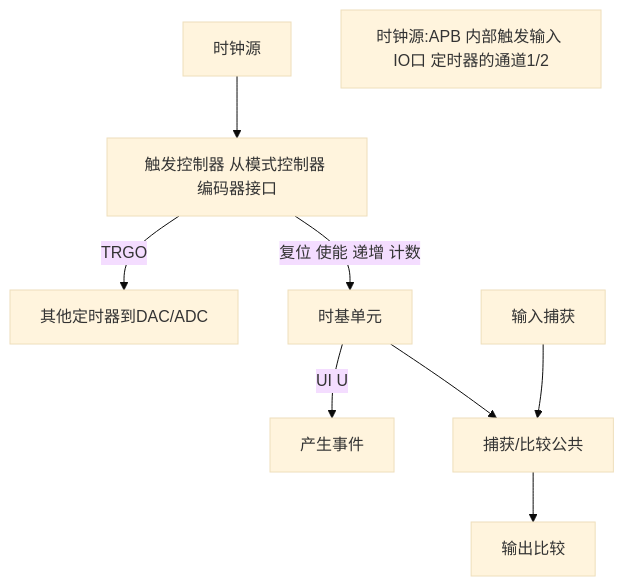
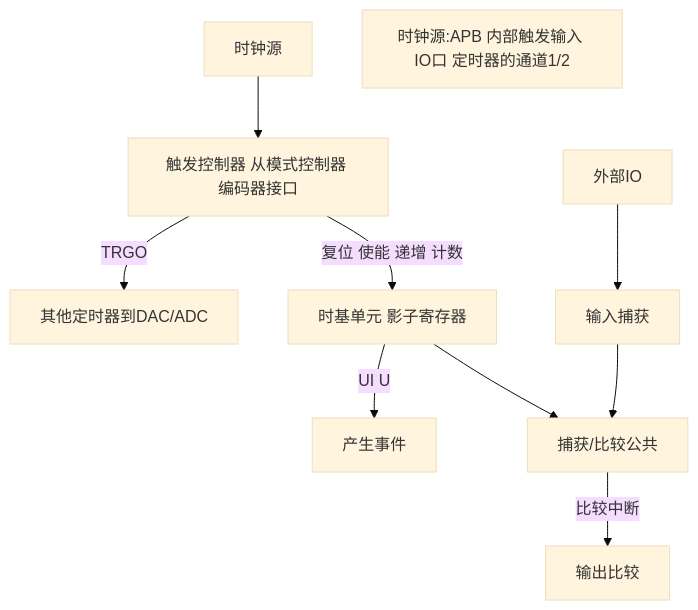
One commit to Ruomio/notes changed the second of 2 diagrams in STM32.md. Above: the diagram before and after it, drawn with Mermaid (base theme).

````diff
--- a/STM32.md
+++ b/STM32.md
@@ -273,15 +273,16 @@
 ```mermaid
 graph TB
 
 A[时钟源]
 B[时钟源:APB 内部触发输入 IO口 定时器的通道1/2]
 A --> C[触发控制器 从模式控制器 编码器接口]
 C --> |TRGO| D[其他定时器到DAC/ADC]
-C --> |复位 使能 递增 计数| E[时基单元]
+C --> |复位 使能 递增 计数| E[时基单元 影子寄存器]
 E --> |UI U| F[产生事件]
 E --> G[捕获/比较公共]
+J[外部IO] --> H
 H[输入捕获] --> G
-G --> I[输出比较]
+G --> |比较中断| I[输出比较]
 
 
 ```
````
